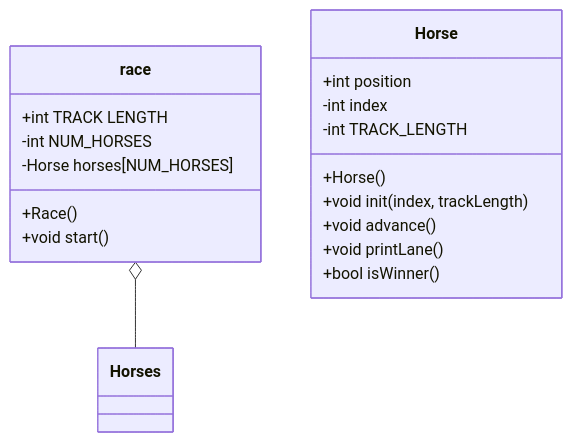
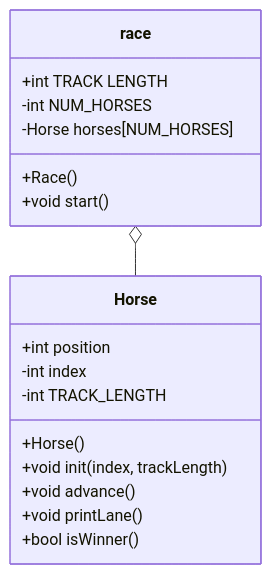
Before and after one commit to nicholascoooper/OOP-horse-race: the diagram in README.md, drawn with Mermaid.

````diff
--- a/README.md
+++ b/README.md
@@ -1,23 +1,23 @@
 ```mermaid
 classDiagram
 
     class race{
         +int TRACK LENGTH
         -int NUM_HORSES
         -Horse horses[NUM_HORSES]
         +Race()
         +void start()
         }
 
     class Horse{
         +int position
         -int index
         -int TRACK_LENGTH
         +Horse()
         +void init(index, trackLength)
         +void advance()
         +void printLane()
         +bool isWinner()
     }
-    race o-- Horses
+    race o-- Horse
 ```
````
